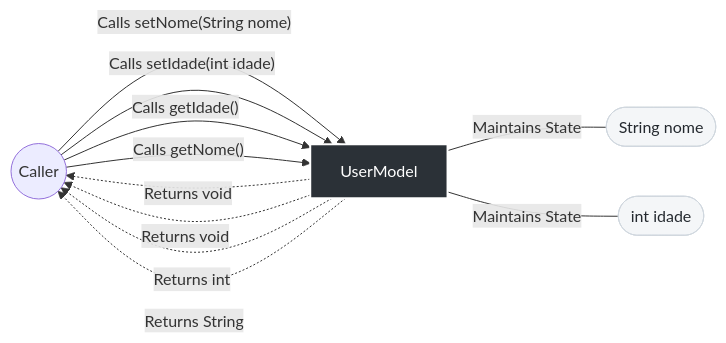
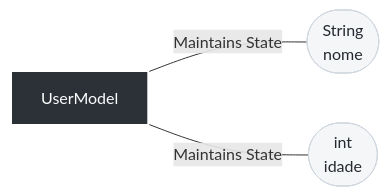
The first of 5 diagrams in docs/UserModel.md (FelipeMCassiano/geanky), drawn with Mermaid before and after one commit. The commit also changed other lines of this file and 6 other files, not shown here.

````diff
--- a/docs/UserModel.md
+++ b/docs/UserModel.md
@@ -33,36 +33,20 @@
 ```mermaid
 flowchart LR
     %% Styling
     classDef classNode fill:#2b3137,stroke:#fff,stroke-width:2px,color:#fff;
     classDef stateNode fill:#f4f6f8,stroke:#d0d7de,color:#24292f;
     classDef extNode fill:#0366d6,stroke:#fff,stroke-width:2px,color:#fff;
     
-    Caller(("Caller"))
     ThisClass["UserModel"]:::classNode
-
-    %% Method Calls
-    
-    Caller -- "Calls setNome(String nome)" --> ThisClass
-    ThisClass -. "Returns void" .-> Caller
-    
-    Caller -- "Calls setIdade(int idade)" --> ThisClass
-    ThisClass -. "Returns void" .-> Caller
-    
-    Caller -- "Calls getIdade()" --> ThisClass
-    ThisClass -. "Returns int" .-> Caller
-    
-    Caller -- "Calls getNome()" --> ThisClass
-    ThisClass -. "Returns String" .-> Caller
-    
 
     %% State vs External Dependencies
     
     
-    ThisClass -- "Maintains State" --- State_nome(["String nome"]):::stateNode
+    ThisClass -- "Maintains State" --- State_nome(["String<br>nome"]):::stateNode
     
     
     
-    ThisClass -- "Maintains State" --- State_idade(["int idade"]):::stateNode
+    ThisClass -- "Maintains State" --- State_idade(["int<br>idade"]):::stateNode
     
     
 ```
````
